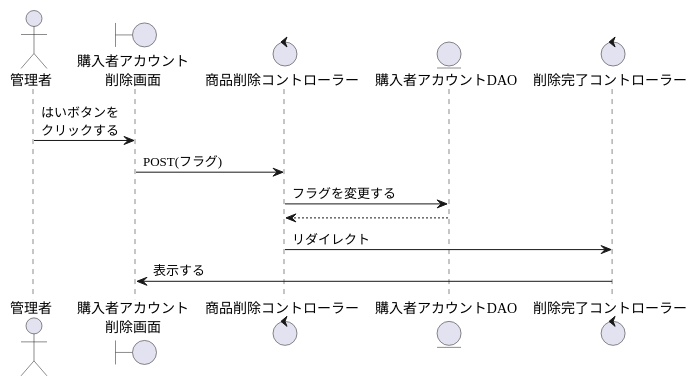
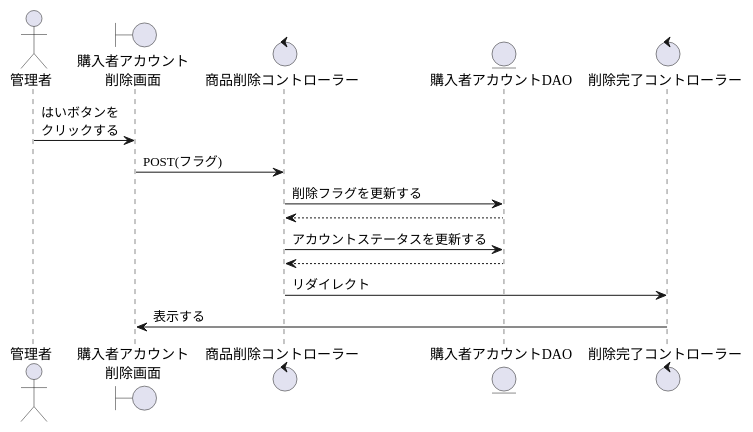
The diagram in PJ_シーケンス/管理者/購入者アカウント削除.wsd (SK-B-S/PJ), drawn with PlantUML before and after one commit. The commit also changed 13 other files, not shown here.

```diff
--- a/PJ_シーケンス/管理者/購入者アカウント削除.wsd
+++ b/PJ_シーケンス/管理者/購入者アカウント削除.wsd
@@ -1,18 +1,20 @@
 @startuml 購入者アカウント削除
 
 actor    "管理者" as act
 boundary "購入者アカウント\n削除画面" as delete_s
 control  "商品削除コントローラー" as delete_c
 entity   "購入者アカウントDAO" as purchase_DAO
 control  "削除完了コントローラー" as completion_c
 
 '--------------------------------------------------------------------------------------
 
 act ->  delete_s : はいボタンを\nクリックする
 delete_s -> delete_c : POST(フラグ)
-delete_c -> purchase_DAO : フラグを変更する
+delete_c -> purchase_DAO : 削除フラグを更新する
+delete_c <-- purchase_DAO
+delete_c -> purchase_DAO : アカウントステータスを更新する
 delete_c <-- purchase_DAO
 delete_c -> completion_c : リダイレクト
 delete_s <- completion_c : 表示する
 
 @enduml
```
